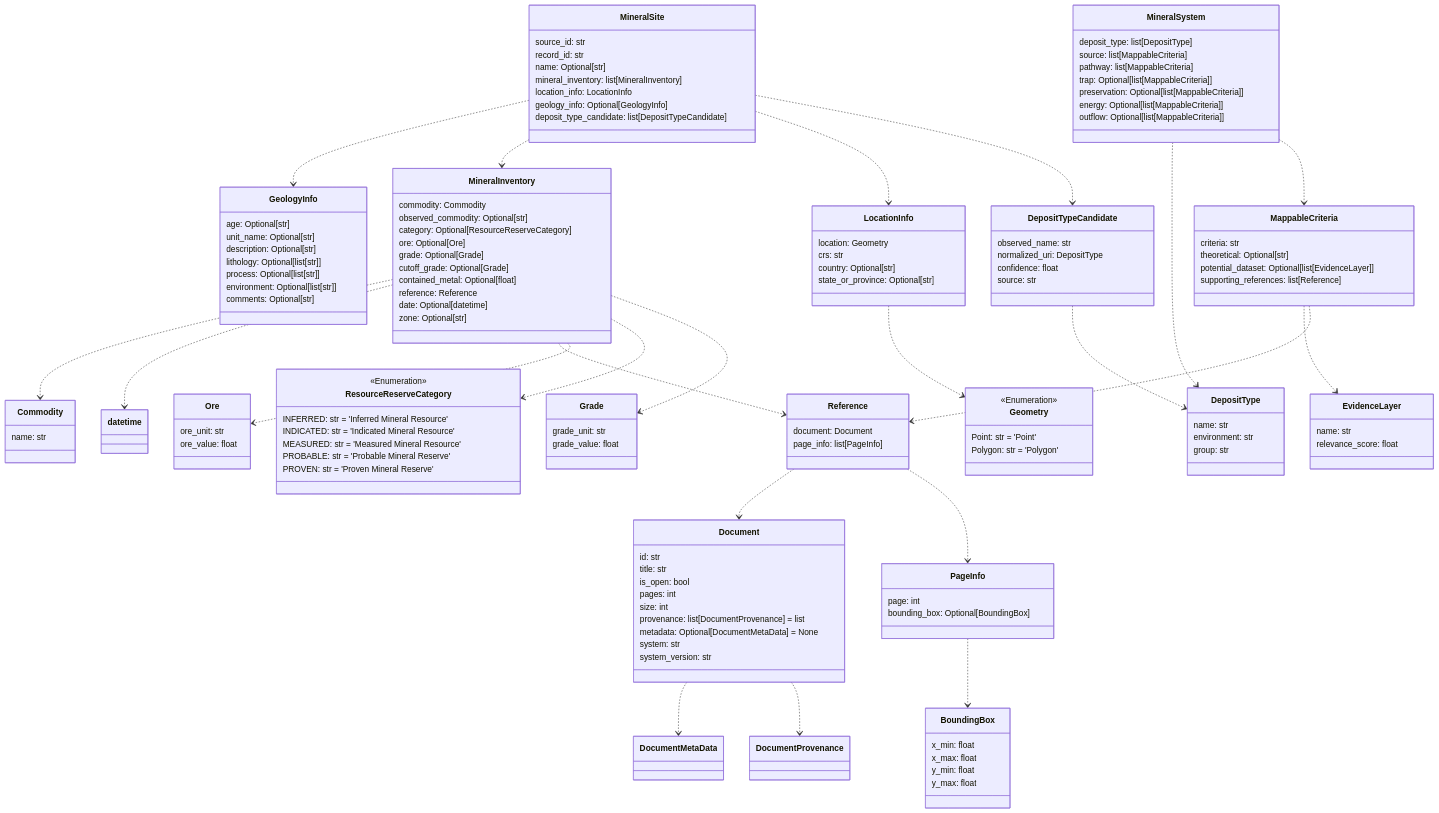
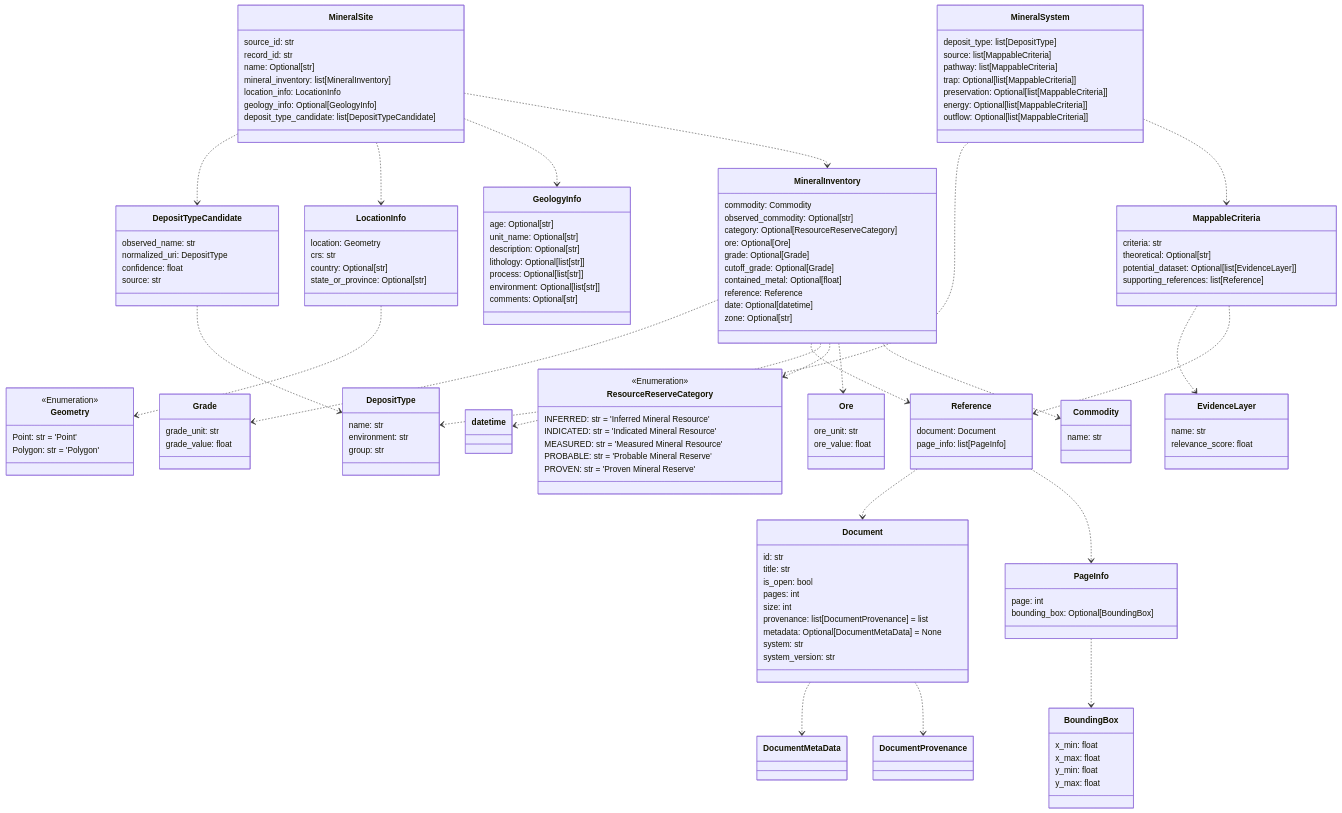
The tenth of 12 diagrams in README.md (DARPA-CRITICALMAAS/cdr_schemas), drawn with Mermaid before and after one commit. The commit also changed other lines of this file and 1 other file, not shown here.

````diff
--- a/README.md
+++ b/README.md
@@ -697,16 +699,64 @@
 ```mermaid
 classDiagram
-
-    class DepositTypeCandidate {
-        observed_name: str
-        normalized_uri: DepositType
-        confidence: float
-        source: str
-    }
 
     class Grade {
         grade_unit: str
         grade_value: float
+    }
+
+    class Reference {
+        document: Document
+        page_info: list[PageInfo]
+    }
+
+    class BoundingBox {
+        x_min: float
+        x_max: float
+        y_min: float
+        y_max: float
+    }
+
+    class MineralSite {
+        source_id: str
+        record_id: str
+        name: Optional[str]
+        mineral_inventory: list[MineralInventory]
+        location_info: LocationInfo
+        geology_info: Optional[GeologyInfo]
+        deposit_type_candidate: list[DepositTypeCandidate]
+    }
+
+    class EvidenceLayer {
+        name: str
+        relevance_score: float
+    }
+
+    class GeologyInfo {
+        age: Optional[str]
+        unit_name: Optional[str]
+        description: Optional[str]
+        lithology: Optional[list[str]]
+        process: Optional[list[str]]
+        environment: Optional[list[str]]
+        comments: Optional[str]
+    }
+
+    class Ore {
+        ore_unit: str
+        ore_value: float
+    }
+
+    class MappableCriteria {
+        criteria: str
+        theoretical: Optional[str]
+        potential_dataset: Optional[list[EvidenceLayer]]
+        supporting_references: list[Reference]
+    }
+
+    class Geometry {
+        <<Enumeration>>
+        Point: str = 'Point'
+        Polygon: str = 'Polygon'
     }
 
     class MineralSystem {
@@ -719,102 +769,9 @@
         outflow: Optional[list[MappableCriteria]]
     }
 
-    class Geometry {
-        <<Enumeration>>
-        Point: str = 'Point'
-        Polygon: str = 'Polygon'
-    }
-
     class PageInfo {
         page: int
         bounding_box: Optional[BoundingBox]
-    }
-
-    class ResourceReserveCategory {
-        <<Enumeration>>
-        INFERRED: str = 'Inferred Mineral Resource'
-        INDICATED: str = 'Indicated Mineral Resource'
-        MEASURED: str = 'Measured Mineral Resource'
-        PROBABLE: str = 'Probable Mineral Reserve'
-        PROVEN: str = 'Proven Mineral Reserve'
-    }
-
-    class Reference {
-        document: Document
-        page_info: list[PageInfo]
-    }
-
-    class Commodity {
-        name: str
-    }
-
-    class GeologyInfo {
-        age: Optional[str]
-        unit_name: Optional[str]
-        description: Optional[str]
-        lithology: Optional[list[str]]
-        process: Optional[list[str]]
-        environment: Optional[list[str]]
-        comments: Optional[str]
-    }
-
-    class MappableCriteria {
-        criteria: str
-        theoretical: Optional[str]
-        potential_dataset: Optional[list[EvidenceLayer]]
-        supporting_references: list[Reference]
-    }
-
-    class MineralSite {
-        source_id: str
-        record_id: str
-        name: Optional[str]
-        mineral_inventory: list[MineralInventory]
-        location_info: LocationInfo
-        geology_info: Optional[GeologyInfo]
-        deposit_type_candidate: list[DepositTypeCandidate]
-    }
-
-    class Ore {
-        ore_unit: str
-        ore_value: float
-    }
-
-    class Document {
-        id: str
-        title: str
-        is_open: bool
-        pages: int
-        size: int
-        provenance: list[DocumentProvenance] = list
-        metadata: Optional[DocumentMetaData] = None
-        system: str
-        system_version: str
-    }
-
-    class EvidenceLayer {
-        name: str
-        relevance_score: float
-    }
-
-    class DepositType {
-        name: str
-        environment: str
-        group: str
-    }
-
-    class LocationInfo {
-        location: Geometry
-        crs: str
-        country: Optional[str]
-        state_or_province: Optional[str]
-    }
-
-    class BoundingBox {
-        x_min: float
-        x_max: float
-        y_min: float
-        y_max: float
     }
 
     class MineralInventory {
@@ -830,27 +787,72 @@
         zone: Optional[str]
     }
 
+    class LocationInfo {
+        location: Geometry
+        crs: str
+        country: Optional[str]
+        state_or_province: Optional[str]
+    }
+
+    class Commodity {
+        name: str
+    }
+
+    class Document {
+        id: str
+        title: str
+        is_open: bool
+        pages: int
+        size: int
+        provenance: list[DocumentProvenance] = list
+        metadata: Optional[DocumentMetaData] = None
+        system: str
+        system_version: str
+    }
+
+    class DepositType {
+        name: str
+        environment: str
+        group: str
+    }
+
+    class ResourceReserveCategory {
+        <<Enumeration>>
+        INFERRED: str = 'Inferred Mineral Resource'
+        INDICATED: str = 'Indicated Mineral Resource'
+        MEASURED: str = 'Measured Mineral Resource'
+        PROBABLE: str = 'Probable Mineral Reserve'
+        PROVEN: str = 'Proven Mineral Reserve'
+    }
+
+    class DepositTypeCandidate {
+        observed_name: str
+        normalized_uri: DepositType
+        confidence: float
+        source: str
+    }
+
+    Document ..> DocumentMetaData
     Document ..> DocumentProvenance
-    Document ..> DocumentMetaData
     DepositTypeCandidate ..> DepositType
     PageInfo ..> BoundingBox
+    Reference ..> Document
     Reference ..> PageInfo
-    Reference ..> Document
+    MappableCriteria ..> EvidenceLayer
     MappableCriteria ..> Reference
-    MappableCriteria ..> EvidenceLayer
+    MineralSystem ..> DepositType
     MineralSystem ..> MappableCriteria
-    MineralSystem ..> DepositType
     MineralInventory ..> Grade
+    MineralInventory ..> Reference
+    MineralInventory ..> datetime
     MineralInventory ..> ResourceReserveCategory
     MineralInventory ..> Ore
-    MineralInventory ..> Reference
-    MineralInventory ..> datetime
     MineralInventory ..> Commodity
     LocationInfo ..> Geometry
     MineralSite ..> DepositTypeCandidate
     MineralSite ..> LocationInfo
+    MineralSite ..> GeologyInfo
     MineralSite ..> MineralInventory
-    MineralSite ..> GeologyInfo
 
 
 ```
````
